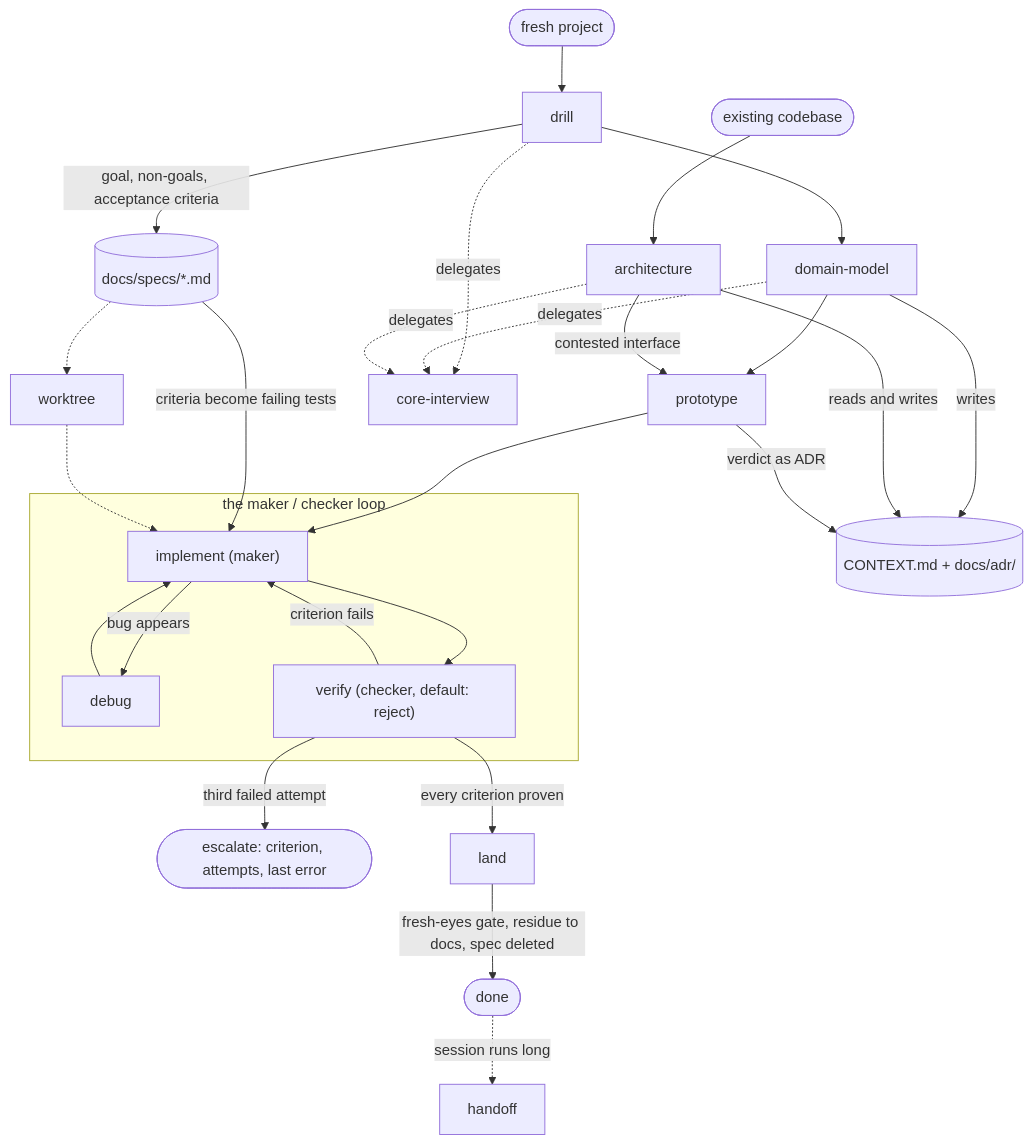
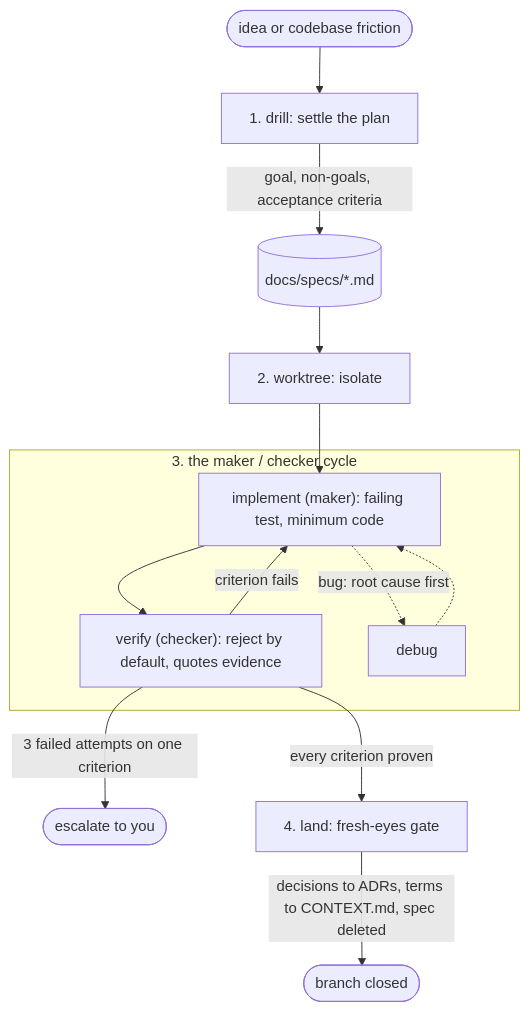
One commit to gitshrl/skills changed the diagram in README.md. Above: the diagram before and after it, drawn with Mermaid.

Commit message:
simplify loop diagram to one work item's path

````diff
--- a/README.md
+++ b/README.md
@@ -45,35 +47,18 @@
 ```mermaid
 flowchart TD
-    fresh([fresh project]) --> drill
-    existing([existing codebase]) --> architecture
+    idea([idea or codebase friction]) --> drill["1. drill: settle the plan"]
+    drill -- "goal, non-goals, acceptance criteria" --> spec[("docs/specs/*.md")]
+    spec --> wt["2. worktree: isolate"]
+    wt --> impl
 
-    drill --> dm[domain-model]
-    dm --> proto[prototype]
-    proto --> impl[implement]
-    architecture -- contested interface --> proto
-
-    drill -- goal, non-goals, acceptance criteria --> spec[("docs/specs/*.md")]
-    spec -- criteria become failing tests --> impl
-    spec -.-> wt[worktree] -.-> impl
-
-    subgraph loop["the maker / checker loop"]
-        impl["implement (maker)"] -- bug appears --> debug
-        debug --> impl
-        impl --> verify["verify (checker, default: reject)"]
-        verify -- criterion fails --> impl
+    subgraph cycle["3. the maker / checker cycle"]
+        impl["implement (maker): failing test, minimum code"] --> verify["verify (checker): reject by default, quotes evidence"]
+        verify -- "criterion fails" --> impl
+        impl -. "bug: root cause first" .-> debug
+        debug -.-> impl
     end
 
-    verify -- third failed attempt --> human(["escalate: criterion, attempts, last error"])
-    verify -- every criterion proven --> land[land]
-    land -- fresh-eyes gate, residue to docs, spec deleted --> done([done])
-
-    drill -. delegates .-> ci[core-interview]
-    dm -. delegates .-> ci
-    architecture -. delegates .-> ci
-
-    dm -- writes --> docs[("CONTEXT.md + docs/adr/")]
-    architecture -- reads and writes --> docs
-    proto -- verdict as ADR --> docs
-
-    done -. session runs long .-> handoff[handoff]
+    verify -- "3 failed attempts on one criterion" --> you(["escalate to you"])
+    verify -- "every criterion proven" --> land["4. land: fresh-eyes gate"]
+    land -- "decisions to ADRs, terms to CONTEXT.md, spec deleted" --> done([branch closed])
 ```
````
